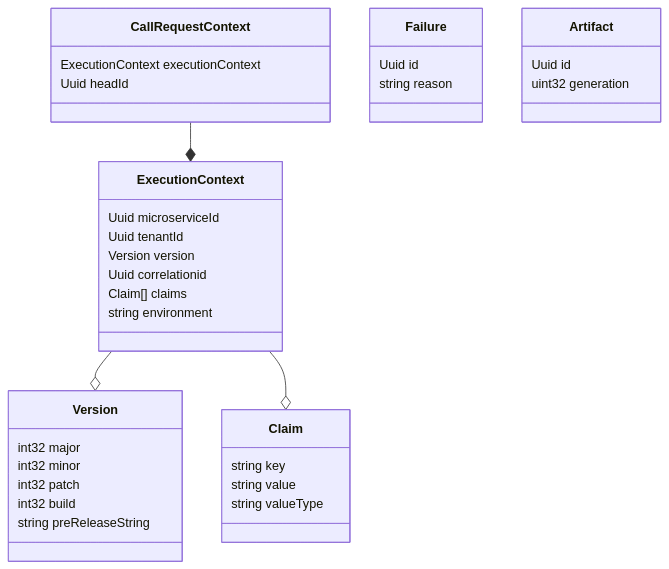
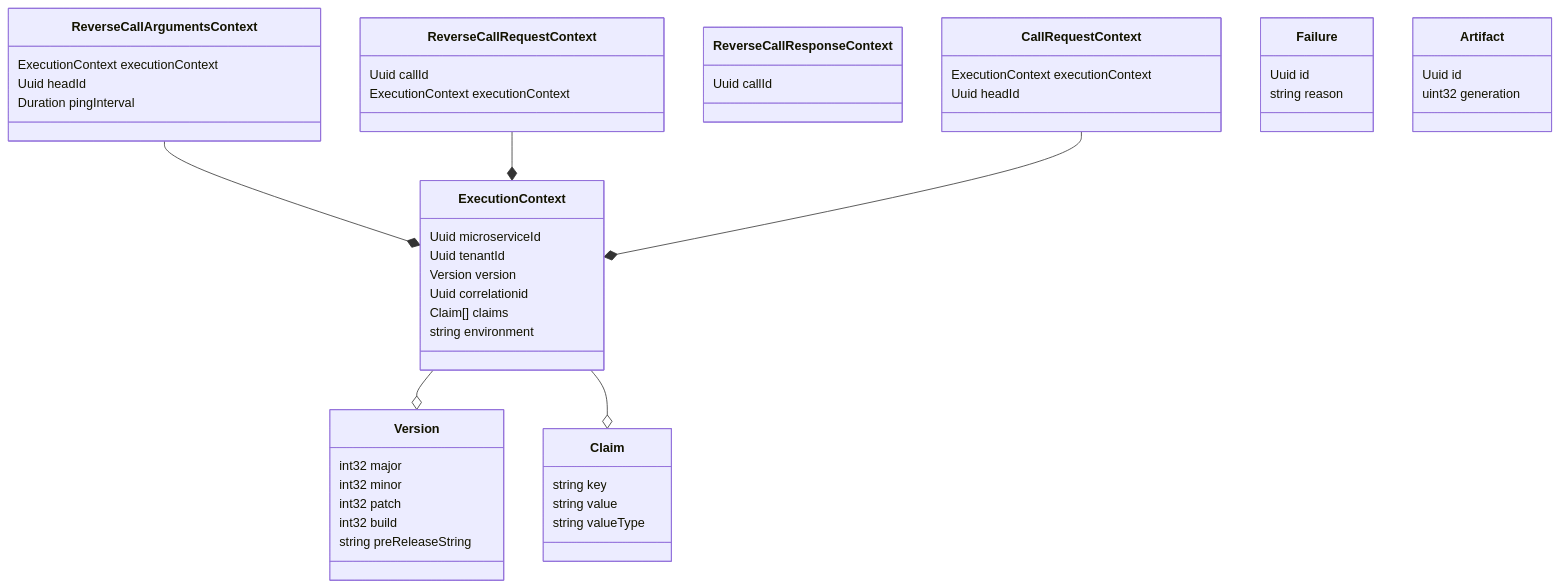
Before and after one commit to dolittle/Runtime: the first of 2 diagrams in Documentation/References/Services/types.md, drawn with Mermaid. The commit also changed other lines of this file and 2 other files, not shown here.

```diff
--- a/Documentation/References/Services/types.md
+++ b/Documentation/References/Services/types.md
@@ -7,38 +9,52 @@
 <div class="mermaid">
 classDiagram
+    class ReverseCallArgumentsContext{
+        ExecutionContext executionContext
+        Uuid headId
+        Duration pingInterval
+    }
+    class ReverseCallRequestContext{
+        Uuid callId
+        ExecutionContext executionContext
+    }
+    class ReverseCallResponseContext{
+        Uuid callId
+    }
     class CallRequestContext{
         ExecutionContext executionContext
         Uuid headId
     }
     class ExecutionContext{
         Uuid microserviceId
         Uuid tenantId
         Version version
         Uuid correlationid
         Claim[] claims
         string environment
     }
     class Version{
         int32 major
         int32 minor
         int32 patch
         int32 build
         string preReleaseString
     }
     class Claim{
         string key
         string value
         string valueType
     }
     class Failure{
         Uuid id
         string reason
     }
     class Artifact{
         Uuid id
         uint32 generation
     }
+    ReverseCallArgumentsContext --* ExecutionContext
+    ReverseCallRequestContext --* ExecutionContext
     CallRequestContext --* ExecutionContext
     ExecutionContext --o Version
     ExecutionContext --o Claim
 </div>
```
